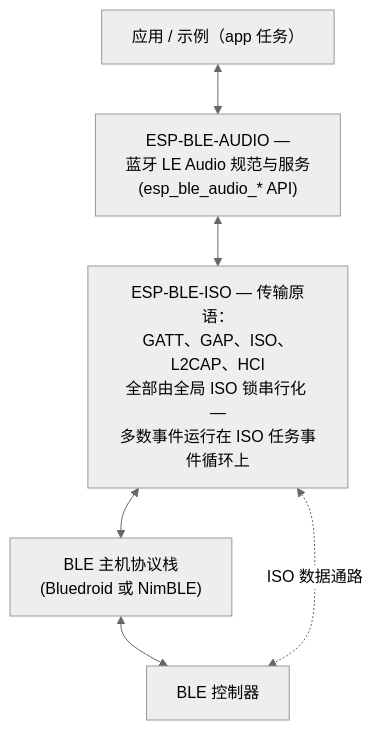
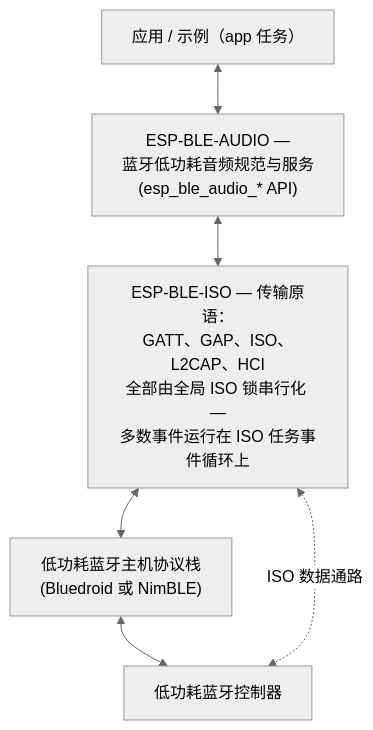
One commit to espressif/esp-idf changed the diagram in docs/zh_CN/api-guides/esp-ble-audio/ble-audio-architecture-overview.rst. Above: the diagram before and after it, drawn with Mermaid (neutral theme). The commit also changed other lines of this file and 13 other files, not shown here.

Commit message:
docs(ble_audio): Adopt SIG product name and add LE Audio API guide entry

```diff
--- a/docs/zh_CN/api-guides/esp-ble-audio/ble-audio-architecture-overview.rst
+++ b/docs/zh_CN/api-guides/esp-ble-audio/ble-audio-architecture-overview.rst
@@ -43,13 +43,13 @@
 .. mermaid::
 
    flowchart TB
        APP["应用 / 示例（app 任务）"]
-       AUDIO["ESP-BLE-AUDIO —<br/>蓝牙 LE Audio 规范与服务<br/>(esp_ble_audio_* API)"]
+       AUDIO["ESP-BLE-AUDIO —<br/>蓝牙低功耗音频规范与服务<br/>(esp_ble_audio_* API)"]
        ISO["ESP-BLE-ISO — 传输原语：<br/>GATT、GAP、ISO、L2CAP、HCI<br/>全部由全局 ISO 锁串行化 —<br/>多数事件运行在 ISO 任务事件循环上"]
-       HOST["BLE 主机协议栈<br/>(Bluedroid 或 NimBLE)"]
-       CTRL["BLE 控制器"]
+       HOST["低功耗蓝牙主机协议栈<br/>(Bluedroid 或 NimBLE)"]
+       CTRL["低功耗蓝牙控制器"]
        APP <--> AUDIO
        AUDIO <--> ISO
        ISO <--> HOST
        HOST <--> CTRL
        ISO <-. ISO 数据通路 .-> CTRL
```
